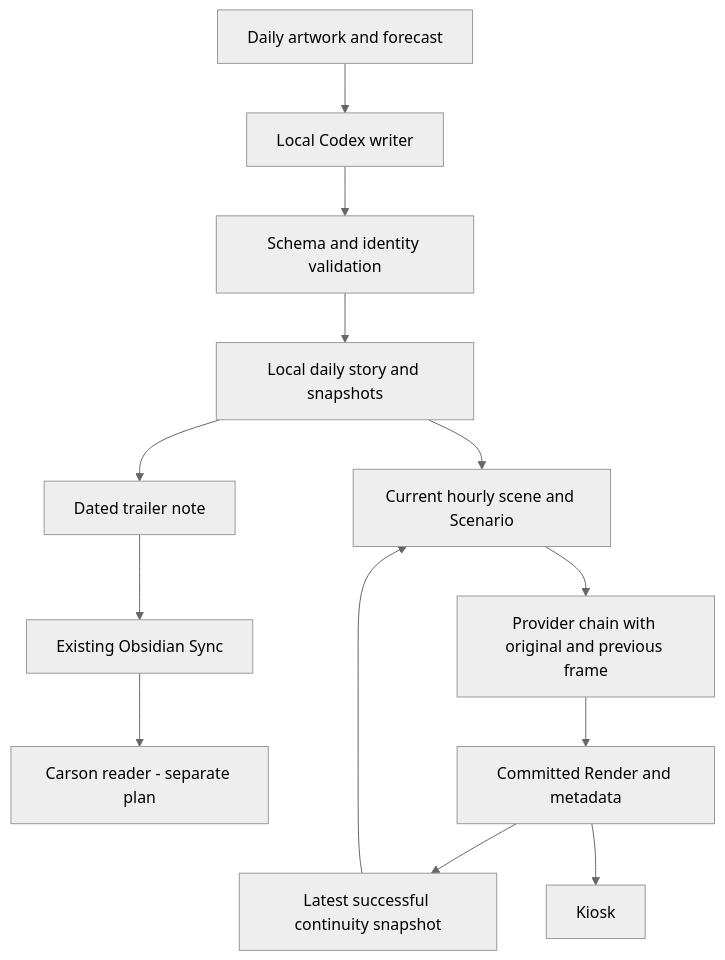
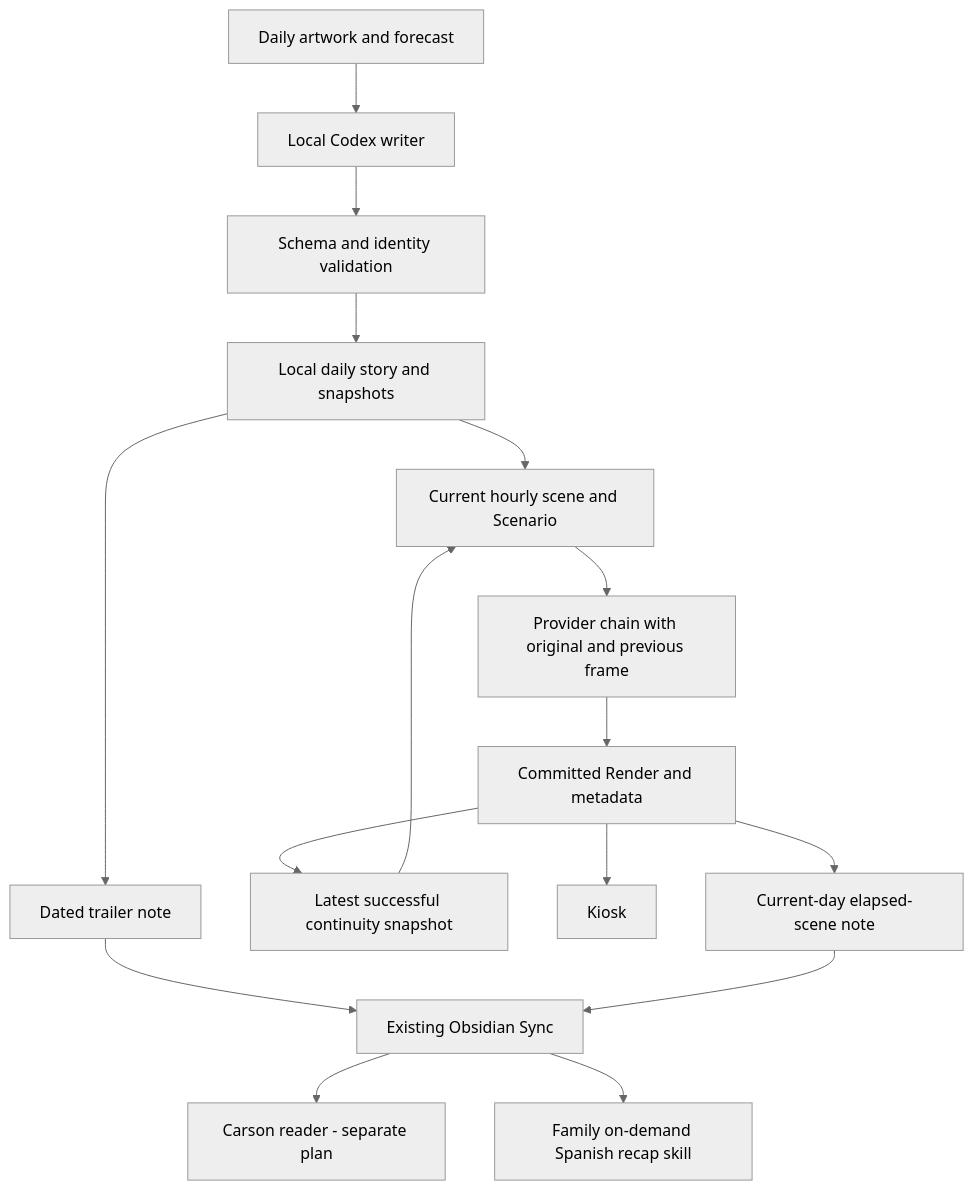
Before and after one commit to andres-monge/haystack: the first of 3 diagrams in docs/plans/2026-10-10-1307-feat-daily-artwork-stories-plan.md, drawn with Mermaid (neutral theme). The commit also changed other lines of this file, not shown here.

Commit message:
docs: plan current-day spoiler-free TV recap export

````diff
--- a/docs/plans/2026-10-10-1307-feat-daily-artwork-stories-plan.md
+++ b/docs/plans/2026-10-10-1307-feat-daily-artwork-stories-plan.md
@@ -106,15 +120,18 @@
 ```mermaid
 flowchart TB
   Selection[Daily artwork and forecast] --> Writer[Local Codex writer]
   Writer --> Validation[Schema and identity validation]
   Validation --> Store[Local daily story and snapshots]
   Store --> Trailer[Dated trailer note]
   Trailer --> Sync[Existing Obsidian Sync]
   Sync --> Carson[Carson reader - separate plan]
   Store --> Scene[Current hourly scene and Scenario]
   Scene --> Chain[Provider chain with original and previous frame]
   Chain --> Render[Committed Render and metadata]
   Render --> Continuity[Latest successful continuity snapshot]
   Continuity --> Scene
   Render --> Kiosk[Kiosk]
+  Render --> Recap[Current-day elapsed-scene note]
+  Recap --> Sync
+  Sync --> Questions[Family on-demand Spanish recap skill]
 ```
````
